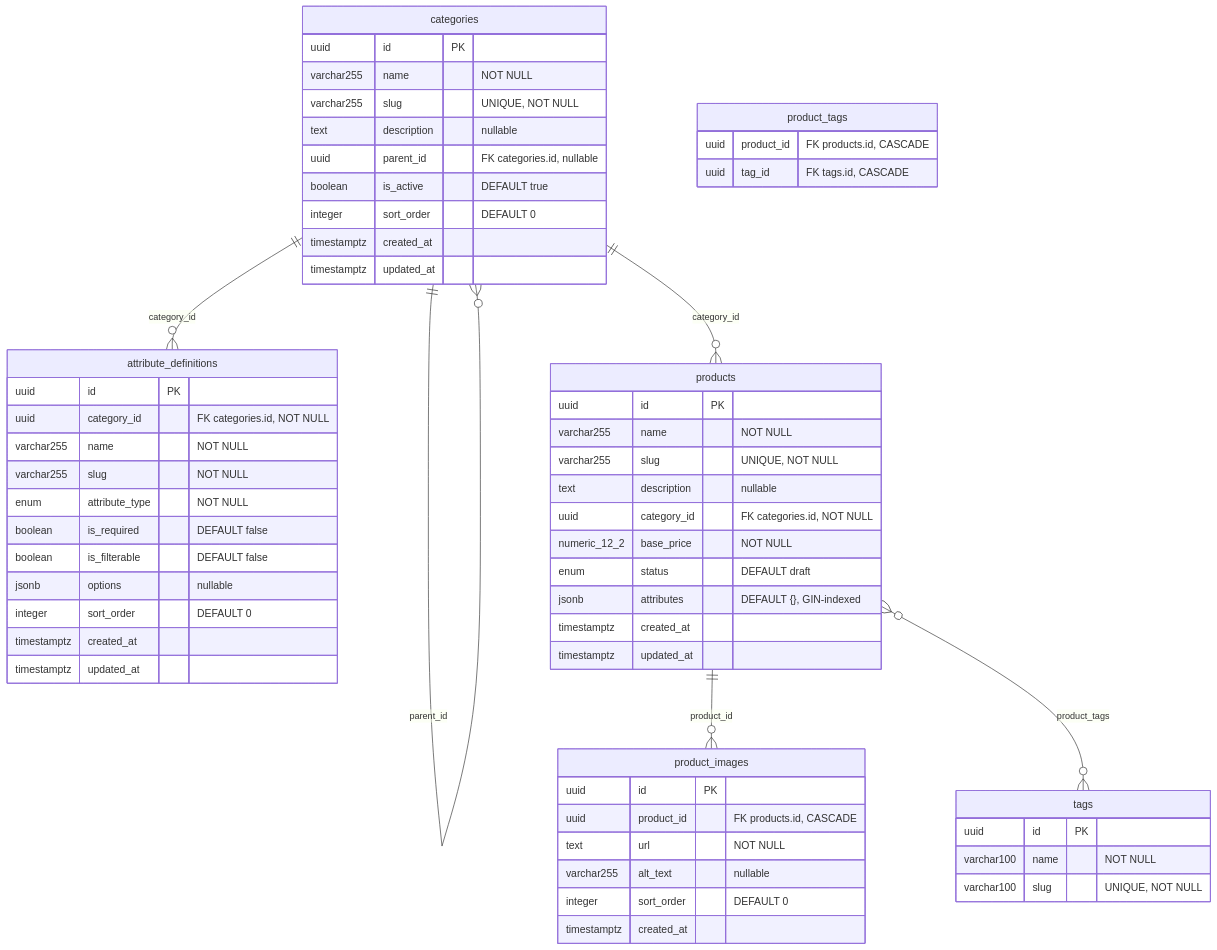
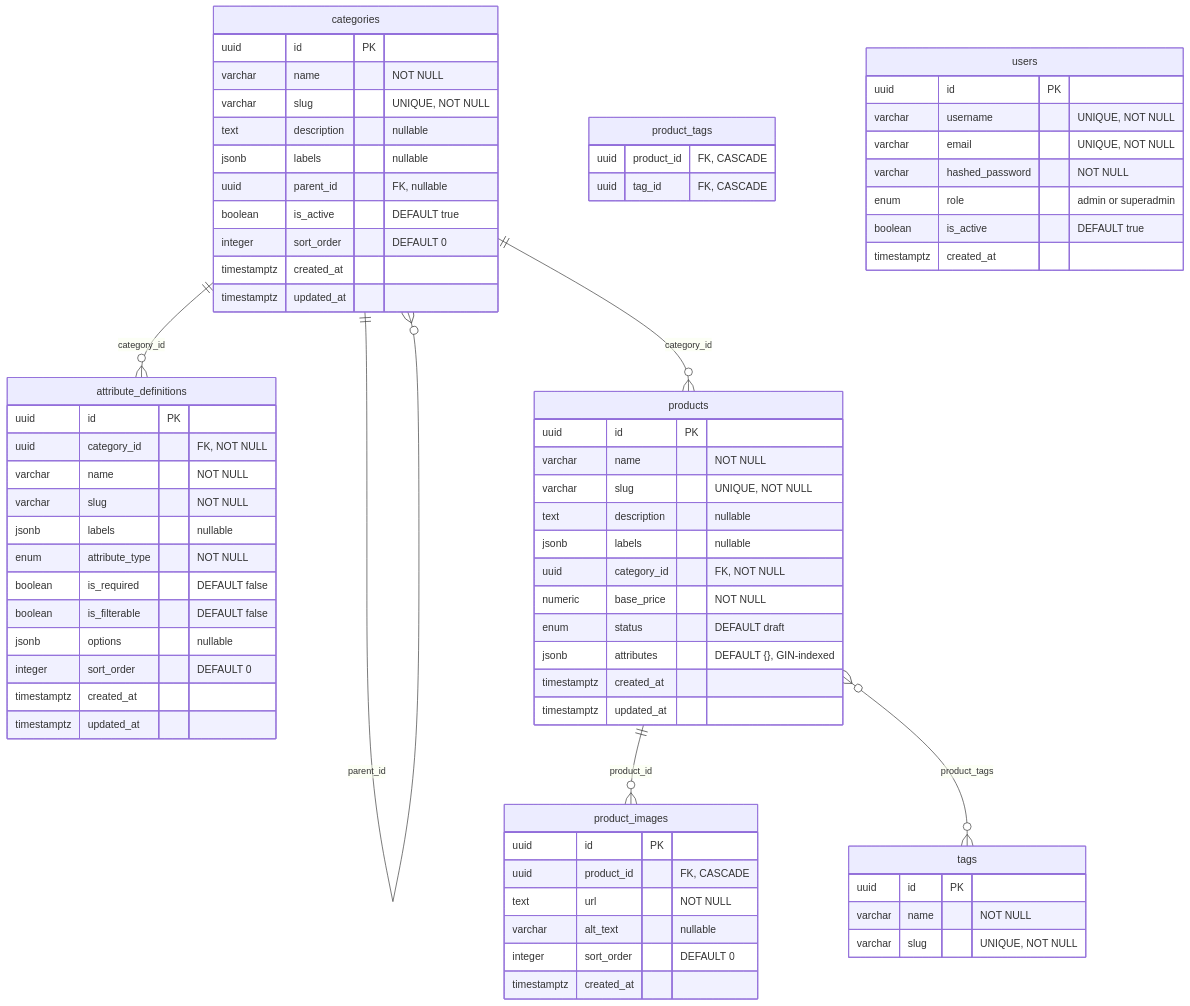
The diagram in README.md (mohdaj/catalog-system), drawn with Mermaid before and after one commit. The commit also changed other lines of this file, not shown here.

````diff
--- a/README.md
+++ b/README.md
@@ -124,67 +148,80 @@
 ```mermaid
 erDiagram
     categories ||--o{ categories : "parent_id"
     categories ||--o{ attribute_definitions : "category_id"
     categories ||--o{ products : "category_id"
     products ||--o{ product_images : "product_id"
     products }o--o{ tags : "product_tags"
 
     categories {
         uuid id PK
-        varchar255 name "NOT NULL"
-        varchar255 slug "UNIQUE, NOT NULL"
+        varchar name "NOT NULL"
+        varchar slug "UNIQUE, NOT NULL"
         text description "nullable"
-        uuid parent_id "FK categories.id, nullable"
+        jsonb labels "nullable"
+        uuid parent_id "FK, nullable"
         boolean is_active "DEFAULT true"
         integer sort_order "DEFAULT 0"
         timestamptz created_at
         timestamptz updated_at
     }
 
     attribute_definitions {
         uuid id PK
-        uuid category_id "FK categories.id, NOT NULL"
-        varchar255 name "NOT NULL"
-        varchar255 slug "NOT NULL"
+        uuid category_id "FK, NOT NULL"
+        varchar name "NOT NULL"
+        varchar slug "NOT NULL"
+        jsonb labels "nullable"
         enum attribute_type "NOT NULL"
         boolean is_required "DEFAULT false"
         boolean is_filterable "DEFAULT false"
         jsonb options "nullable"
         integer sort_order "DEFAULT 0"
         timestamptz created_at
         timestamptz updated_at
     }
 
     products {
         uuid id PK
-        varchar255 name "NOT NULL"
-        varchar255 slug "UNIQUE, NOT NULL"
+        varchar name "NOT NULL"
+        varchar slug "UNIQUE, NOT NULL"
         text description "nullable"
-        uuid category_id "FK categories.id, NOT NULL"
-        numeric_12_2 base_price "NOT NULL"
+        jsonb labels "nullable"
+        uuid category_id "FK, NOT NULL"
+        numeric base_price "NOT NULL"
         enum status "DEFAULT draft"
         jsonb attributes "DEFAULT {}, GIN-indexed"
         timestamptz created_at
         timestamptz updated_at
     }
 
     product_images {
         uuid id PK
-        uuid product_id "FK products.id, CASCADE"
+        uuid product_id "FK, CASCADE"
         text url "NOT NULL"
-        varchar255 alt_text "nullable"
+        varchar alt_text "nullable"
         integer sort_order "DEFAULT 0"
         timestamptz created_at
     }
 
     tags {
         uuid id PK
-        varchar100 name "NOT NULL"
-        varchar100 slug "UNIQUE, NOT NULL"
+        varchar name "NOT NULL"
+        varchar slug "UNIQUE, NOT NULL"
     }
 
     product_tags {
-        uuid product_id "FK products.id, CASCADE"
-        uuid tag_id "FK tags.id, CASCADE"
+        uuid product_id "FK, CASCADE"
+        uuid tag_id "FK, CASCADE"
+    }
+
+    users {
+        uuid id PK
+        varchar username "UNIQUE, NOT NULL"
+        varchar email "UNIQUE, NOT NULL"
+        varchar hashed_password "NOT NULL"
+        enum role "admin or superadmin"
+        boolean is_active "DEFAULT true"
+        timestamptz created_at
     }
 ```
````
